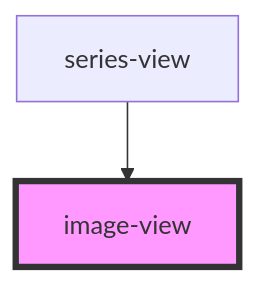
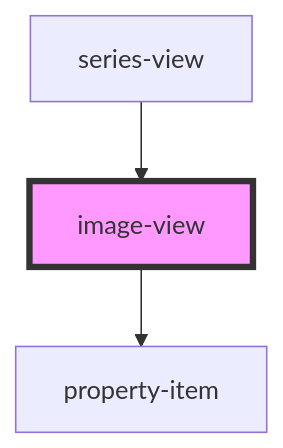
The diagram in src/components/views/image-view/readme.md (R4C4/dicom-tree), drawn with Mermaid before and after one commit. The commit also changed other lines of this file and 10 other files, not shown here.

````diff
--- a/src/components/views/image-view/readme.md
+++ b/src/components/views/image-view/readme.md
@@ -22,5 +26,6 @@
 ```mermaid
 graph TD;
+  image-view --> property-item
   series-view --> image-view
   style image-view fill:#f9f,stroke:#333,stroke-width:4px
 ```
````
